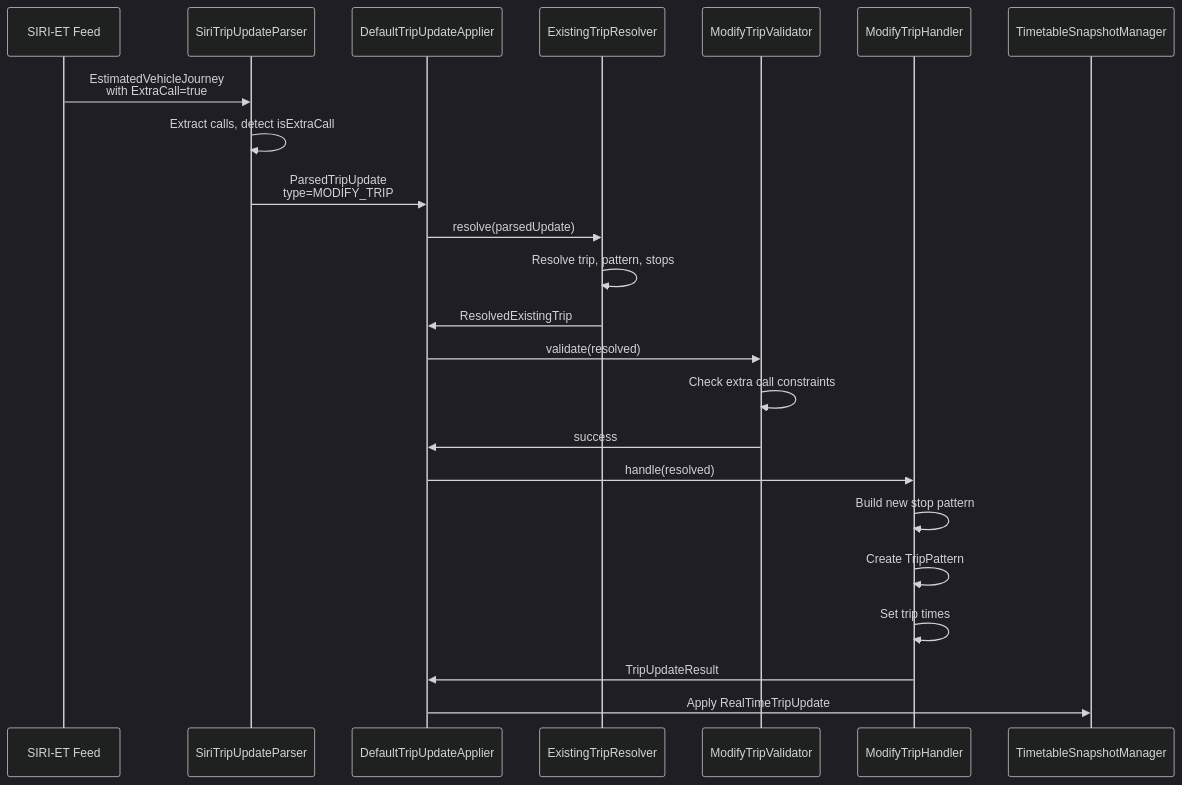
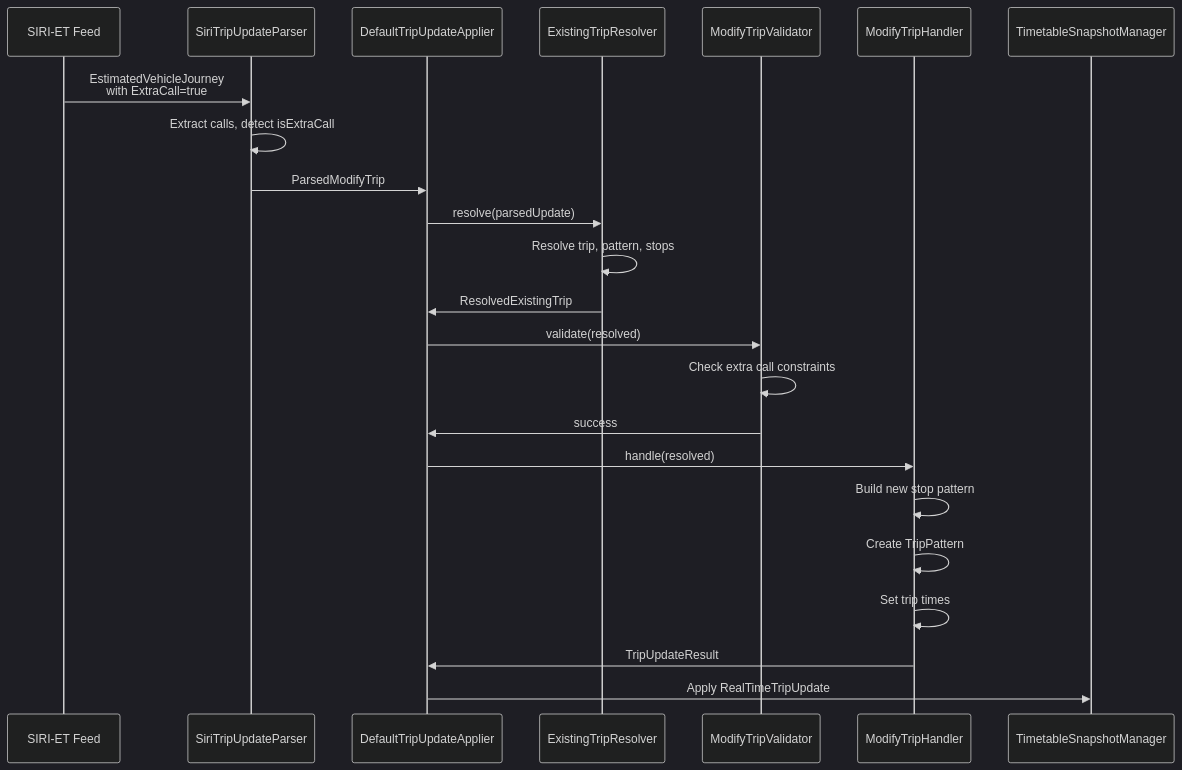
One commit to entur/OpenTripPlanner changed the tenth of 11 diagrams in docs/design/unified-realtime-updaters-with-diagrams.md. Above: the diagram before and after it, drawn with Mermaid (dark theme). The commit also changed other lines of this file and 1 other file, not shown here.

Commit message:
Update diagrams

````diff
--- a/docs/design/unified-realtime-updaters-with-diagrams.md
+++ b/docs/design/unified-realtime-updaters-with-diagrams.md
@@ -843,30 +914,30 @@
 ```mermaid
 sequenceDiagram
     participant Feed as SIRI-ET Feed
     participant Parser as SiriTripUpdateParser
     participant Applier as DefaultTripUpdateApplier
     participant Resolver as ExistingTripResolver
     participant Validator as ModifyTripValidator
     participant Handler as ModifyTripHandler
     participant Transit as TimetableSnapshotManager
 
     Feed->>Parser: EstimatedVehicleJourney<br/>with ExtraCall=true
     Parser->>Parser: Extract calls, detect isExtraCall
-    Parser->>Applier: ParsedTripUpdate<br/>type=MODIFY_TRIP
+    Parser->>Applier: ParsedModifyTrip
 
     Applier->>Resolver: resolve(parsedUpdate)
     Resolver->>Resolver: Resolve trip, pattern, stops
     Resolver->>Applier: ResolvedExistingTrip
 
     Applier->>Validator: validate(resolved)
     Validator->>Validator: Check extra call constraints
     Validator->>Applier: success
 
     Applier->>Handler: handle(resolved)
     Handler->>Handler: Build new stop pattern
     Handler->>Handler: Create TripPattern
     Handler->>Handler: Set trip times
     Handler->>Applier: TripUpdateResult
 
     Applier->>Transit: Apply RealTimeTripUpdate
 ```
````
